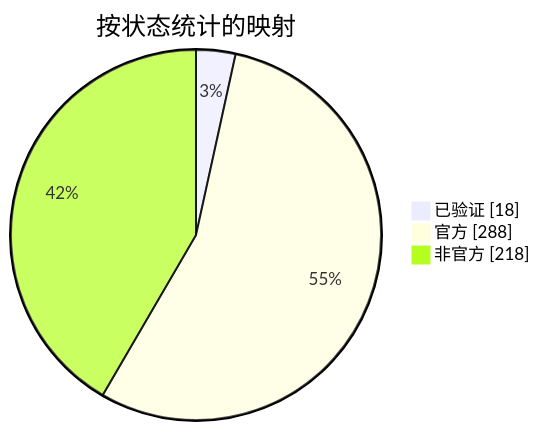
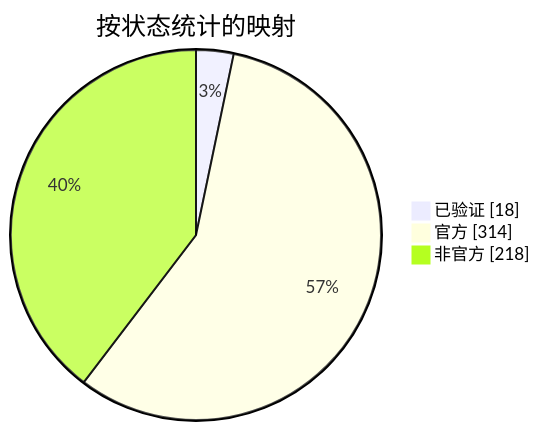
One commit to nobrega8/mbmap-library changed the diagram in docs/readme/README_ZHS.md. Above: the diagram before and after it, drawn with Mermaid. The commit also changed 31 other files, not shown here.

````diff
--- a/docs/readme/README_ZHS.md
+++ b/docs/readme/README_ZHS.md
@@ -54,7 +54,7 @@
 ```mermaid
 pie showData
     title 按状态统计的映射
     "已验证" : 18
-    "官方" : 288
+    "官方" : 314
     "非官方" : 218
 ```
````
